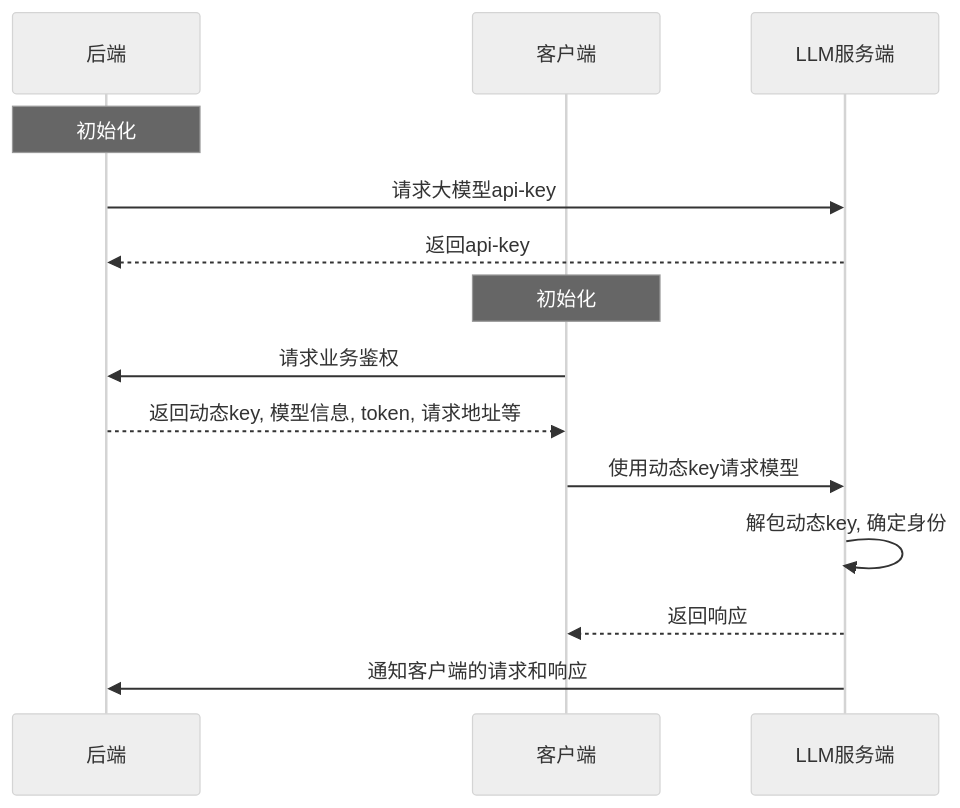
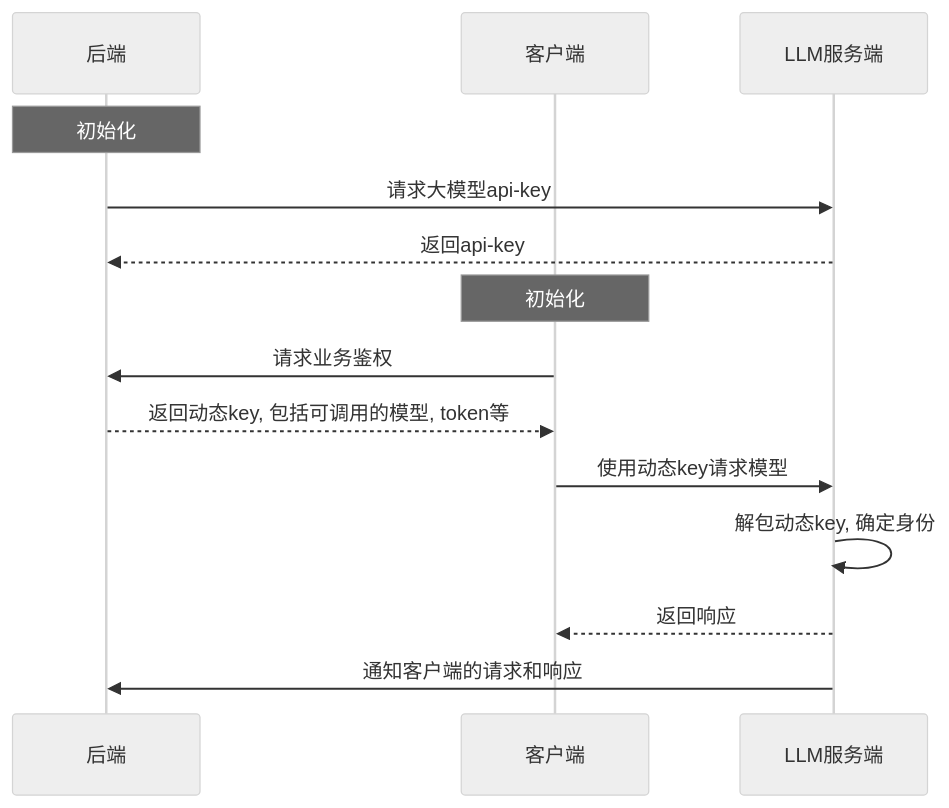
Before and after one commit to IntelliKernel/Dynaseal: the diagram in README.md, drawn with Mermaid (neutral theme). The commit also changed other lines of this file and 69 other files, not shown here.

````diff
--- a/README.md
+++ b/README.md
@@ -13,21 +25,21 @@
 ```mermaid
 sequenceDiagram
     participant 后端 as 后端
     participant 客户端 as 客户端
     participant LLM服务端 as LLM服务端
 
     Note over 后端: 初始化
     后端->>LLM服务端: 请求大模型api-key
     LLM服务端-->>后端: 返回api-key
 
     Note over 客户端: 初始化
     客户端->>后端: 请求业务鉴权
-    后端-->>客户端: 返回动态key, 模型信息, token, 请求地址等
+    后端-->>客户端: 返回动态key, 包括可调用的模型, token等
 
     客户端->>LLM服务端: 使用动态key请求模型
     LLM服务端->>LLM服务端: 解包动态key, 确定身份
     LLM服务端-->>客户端: 返回响应
 
     LLM服务端->>后端: 通知客户端的请求和响应
 
 ```
````
